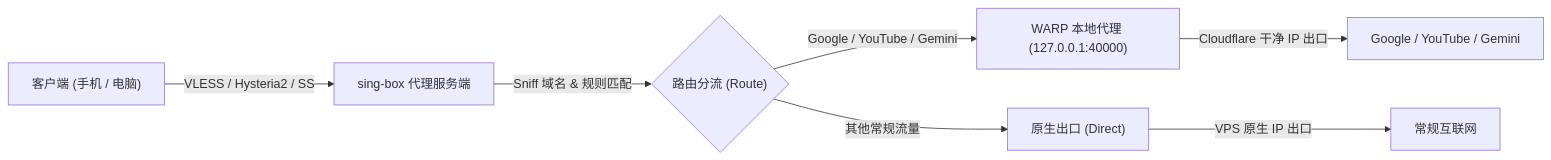
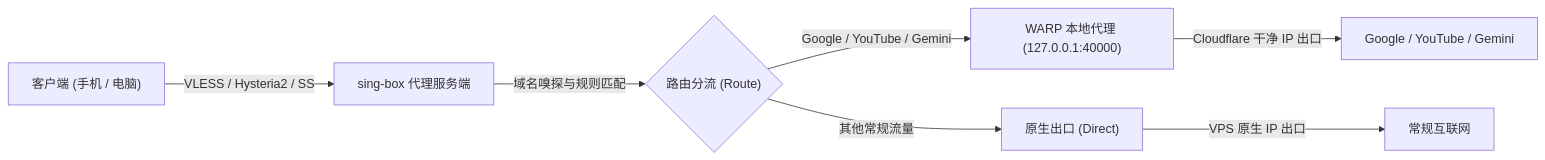
Before and after one commit to cfm019/warp2google: the diagram in README.md, drawn with Mermaid. The commit also changed other lines of this file and 1 other file, not shown here.

````diff
--- a/README.md
+++ b/README.md
@@ -14,12 +14,12 @@
 ```mermaid
 flowchart LR
-    Client["客户端 (手机 / 电脑)"] -->|VLESS / Hysteria2 / SS| Singbox["sing-box 代理服务端"]
+    Client["客户端 (手机 / 电脑)"] -->|"VLESS / Hysteria2 / SS"| Singbox["sing-box 代理服务端"]
     
-    Singbox -->|Sniff 域名 & 规则匹配| Router{"路由分流 (Route)"}
+    Singbox -->|"域名嗅探与规则匹配"| Router{"路由分流 (Route)"}
     
-    Router -->|Google / YouTube / Gemini| Warp["WARP 本地代理 (127.0.0.1:40000)"]
-    Router -->|其他常规流量| Direct["原生出口 (Direct)"]
+    Router -->|"Google / YouTube / Gemini"| Warp["WARP 本地代理 (127.0.0.1:40000)"]
+    Router -->|"其他常规流量"| Direct["原生出口 (Direct)"]
     
-    Warp -->|Cloudflare 干净 IP 出口| TargetGoogle["Google / YouTube / Gemini"]
-    Direct -->|VPS 原生 IP 出口| TargetWeb["常规互联网"]
+    Warp -->|"Cloudflare 干净 IP 出口"| TargetGoogle["Google / YouTube / Gemini"]
+    Direct -->|"VPS 原生 IP 出口"| TargetWeb["常规互联网"]
 ```
````
